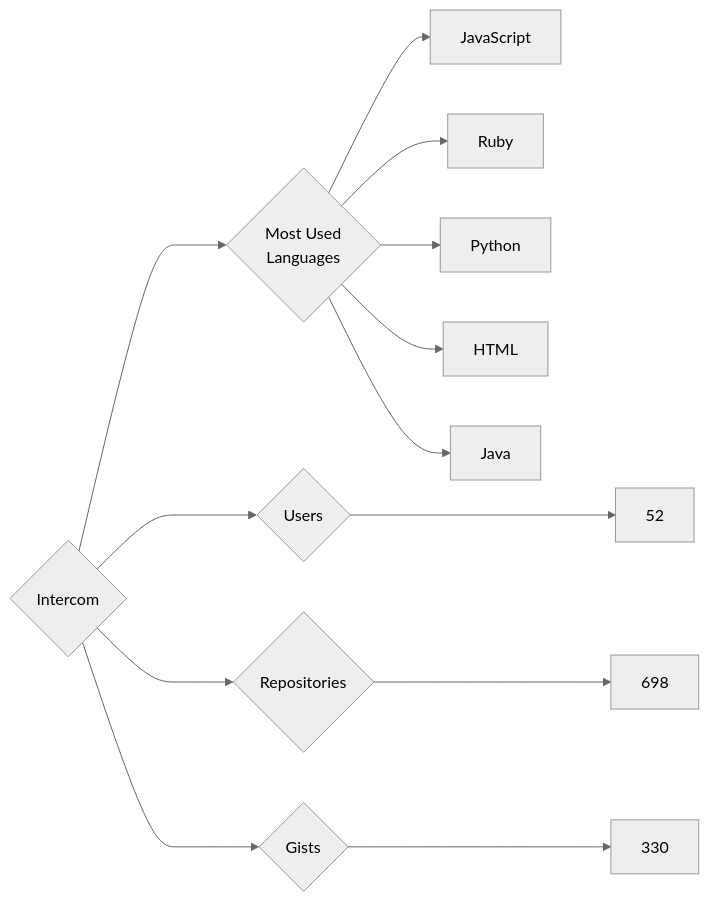
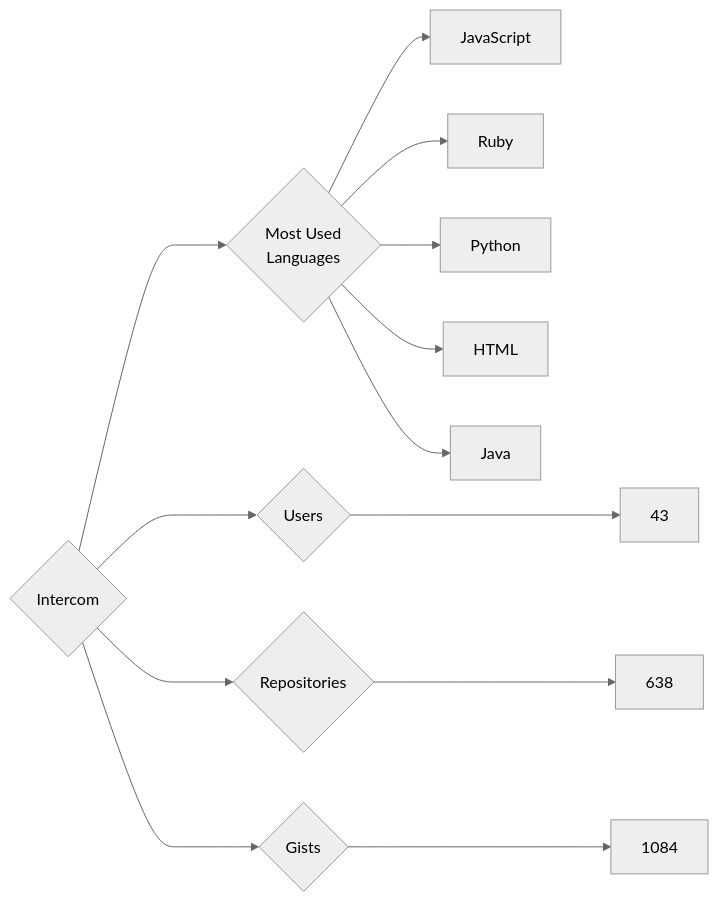
The diagram in targets/Intercom/README.md (trickest/insiders), drawn with Mermaid (neutral theme) before and after one commit. The commit also changed 1084 other files, not shown here.

````diff
--- a/targets/Intercom/README.md
+++ b/targets/Intercom/README.md
@@ -3,13 +3,13 @@
 ```mermaid
 graph LR
 COMPANY_NAME{Intercom}
-COMPANY_NAME ---> U{Users} ---> UN[52]
-COMPANY_NAME ---> R{Repositories} ---> RN[698]
-COMPANY_NAME ---> G{Gists} ---> GN[330]
+COMPANY_NAME ---> U{Users} ---> UN[43]
+COMPANY_NAME ---> R{Repositories} ---> RN[638]
+COMPANY_NAME ---> G{Gists} ---> GN[1084]
 COMPANY_NAME ---> ML{Most Used<br>Languages}
 ML --> JavaScript[JavaScript]
 ML --> Ruby[Ruby]
 ML --> Python[Python]
 ML --> HTML[HTML]
 ML --> Java[Java]
 ```
````
